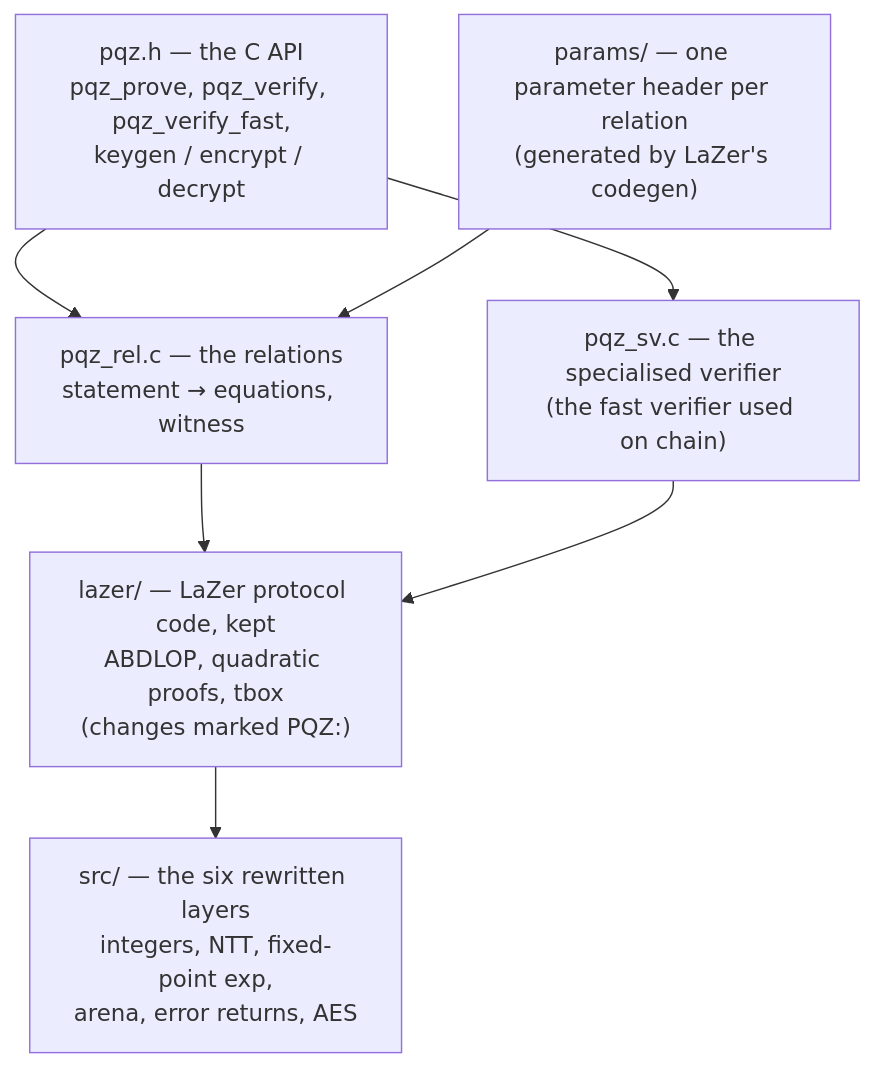
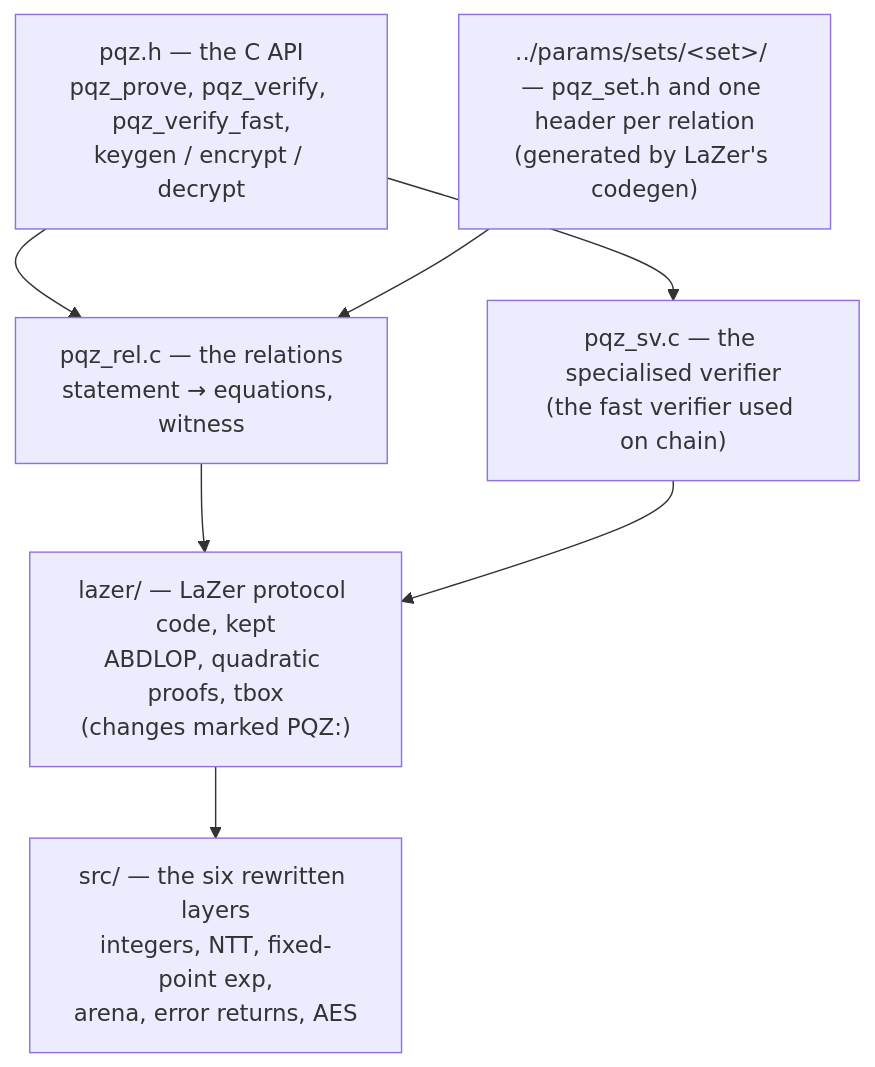
Before and after one commit to dinhduongha/scaas: the diagram in pqz-core/pqzl/README.md, drawn with Mermaid. The commit also changed other lines of this file and 23 other files, not shown here.

````diff
--- a/pqz-core/pqzl/README.md
+++ b/pqz-core/pqzl/README.md
@@ -19,9 +26,9 @@
 ```mermaid
 flowchart TB
   API["pqz.h — the C API<br/>pqz_prove, pqz_verify, pqz_verify_fast,<br/>keygen / encrypt / decrypt"] --> REL["pqz_rel.c — the relations<br/>statement → equations, witness"]
   API --> SV["pqz_sv.c — the specialised verifier<br/>(the fast verifier used on chain)"]
   REL --> LZ["lazer/ — LaZer protocol code, kept<br/>ABDLOP, quadratic proofs, tbox<br/>(changes marked PQZ:)"]
   SV --> LZ
   LZ --> RW["src/ — the six rewritten layers<br/>integers, NTT, fixed-point exp,<br/>arena, error returns, AES"]
-  PAR["params/ — one parameter header per relation<br/>(generated by LaZer's codegen)"] --> REL
+  PAR["../params/sets/&lt;set&gt;/ — pqz_set.h and one header per relation<br/>(generated by LaZer's codegen)"] --> REL
 ```
````
